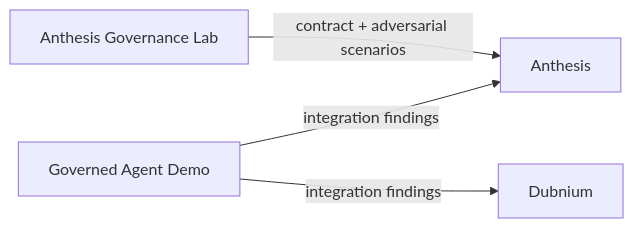
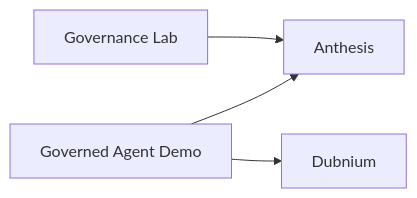
Before and after one commit to hackelia-micrantha/.github: the sixth of 6 diagrams in profile/README.md, drawn with Mermaid. The commit also changed other lines of this file, not shown here.

Commit message:
docs: simplify mermaid labels

````diff
--- a/profile/README.md
+++ b/profile/README.md
@@ -182,6 +172,6 @@
 ```mermaid
 flowchart LR
-  GL["Anthesis Governance Lab"] -->|contract + adversarial scenarios| A["Anthesis"]
-  GD["Governed Agent Demo"] -->|integration findings| D["Dubnium"]
-  GD -->|integration findings| A
+  GL["Governance Lab"] --> A["Anthesis"]
+  GD["Governed Agent Demo"] --> D["Dubnium"]
+  GD --> A
 ```
````
